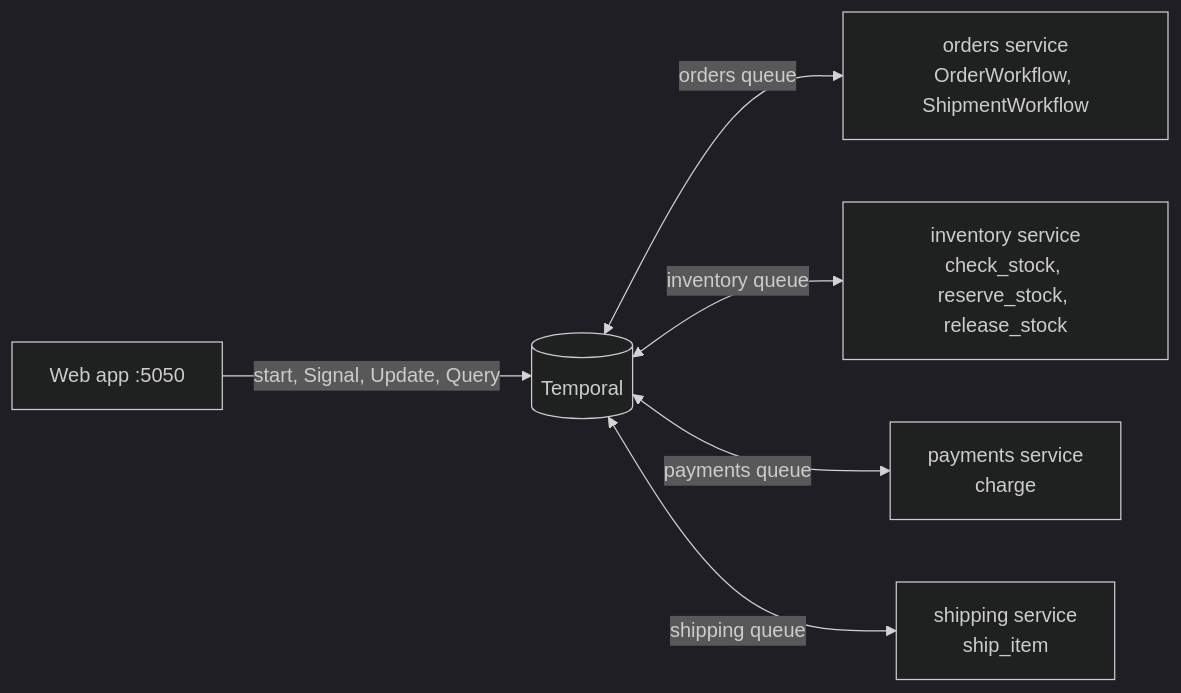
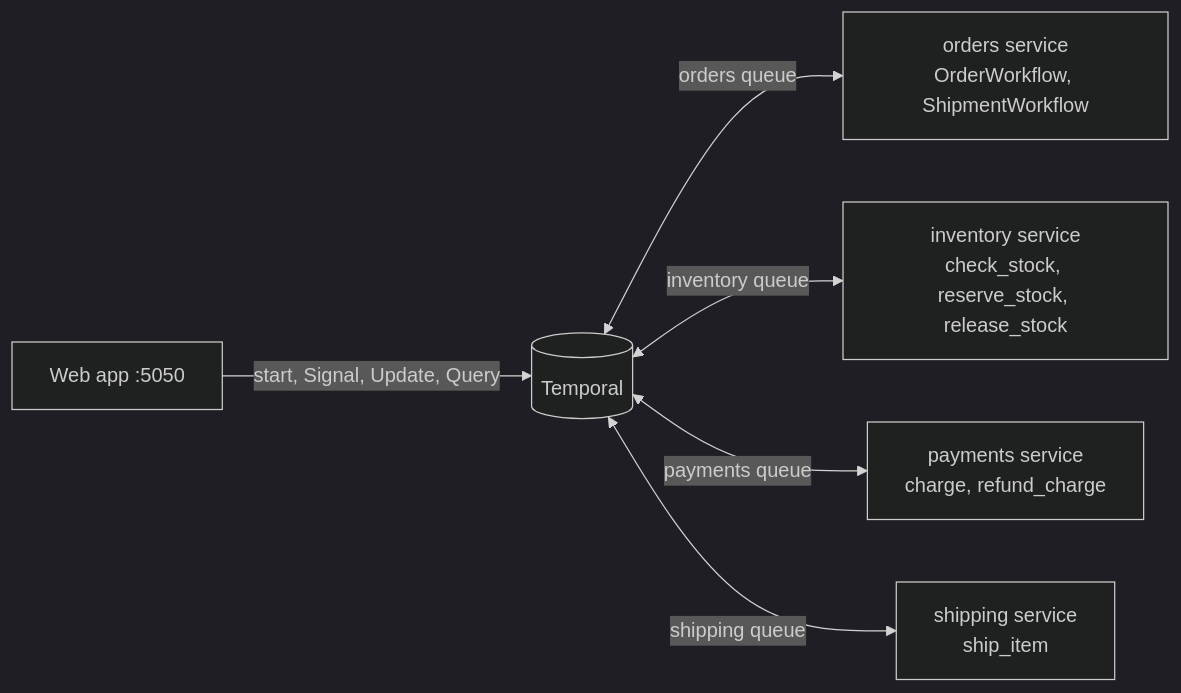
One commit to temporal-community/temporal-devdays changed the diagram in demos/order-management/README.md. Above: the diagram before and after it, drawn with Mermaid (dark theme). The commit also changed other lines of this file and 16 other files, not shown here.

````diff
--- a/demos/order-management/README.md
+++ b/demos/order-management/README.md
@@ -11,8 +11,8 @@
 ```mermaid
 flowchart LR
     UI["Web app :5050"] -->|start, Signal, Update, Query| T[("Temporal")]
     T <-->|orders queue| O["orders service<br/>OrderWorkflow, ShipmentWorkflow"]
     T <-->|inventory queue| I["inventory service<br/>check_stock, reserve_stock, release_stock"]
-    T <-->|payments queue| P["payments service<br/>charge"]
+    T <-->|payments queue| P["payments service<br/>charge, refund_charge"]
     T <-->|shipping queue| S["shipping service<br/>ship_item"]
 ```
````
